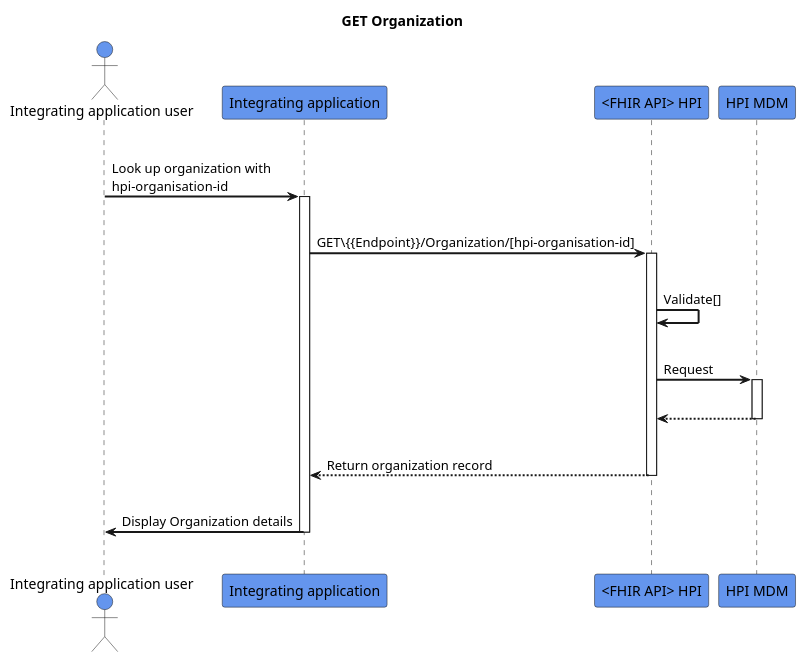
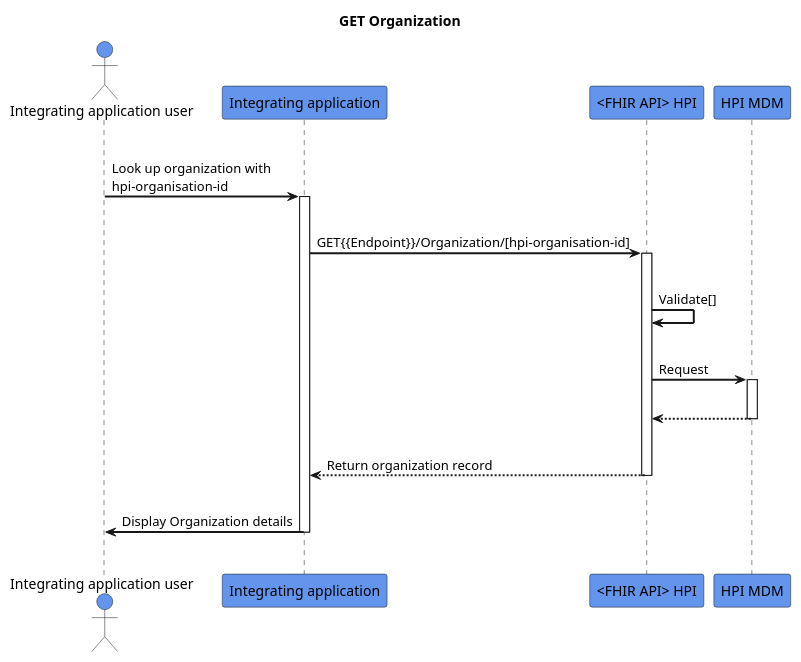
The diagram in input/images-source/get-organization.plantuml (HL7NZ/hpi), drawn with PlantUML before and after one commit.

```diff
--- a/input/images-source/get-organization.plantuml
+++ b/input/images-source/get-organization.plantuml
@@ -1,32 +1,32 @@
 @startuml
 skinparam sequenceArrowThickness 2
 skinparam roundcorner 5
 skinparam maxmessagesize 180
 skinparam sequenceParticipant bold
 title GET Organization
 actor "Integrating application user" as User #CornflowerBlue
 participant "Integrating application" as A #CornflowerBlue
 participant "<FHIR API> HPI" as B #CornflowerBlue
 participant "HPI MDM" as C #CornflowerBlue
 |||
 User -> A: Look up organization with hpi-organisation-id
 activate A
 |||
-A -> B: GET\{{Endpoint}}/Organization/[hpi-organisation-id]
+A -> B: GET{{Endpoint}}/Organization/[hpi-organisation-id]
 activate B
 |||
 B -> B: Validate[]
 |||
 B -> C: Request
 activate C
 |||
 C -[dashed]-> B:  
 deactivate C
 |||
 B -[dashed]-> A:Return organization record
 deactivate B
 |||
 A -> User:Display Organization details 
 deactivate A
 |||
 @enduml
```
